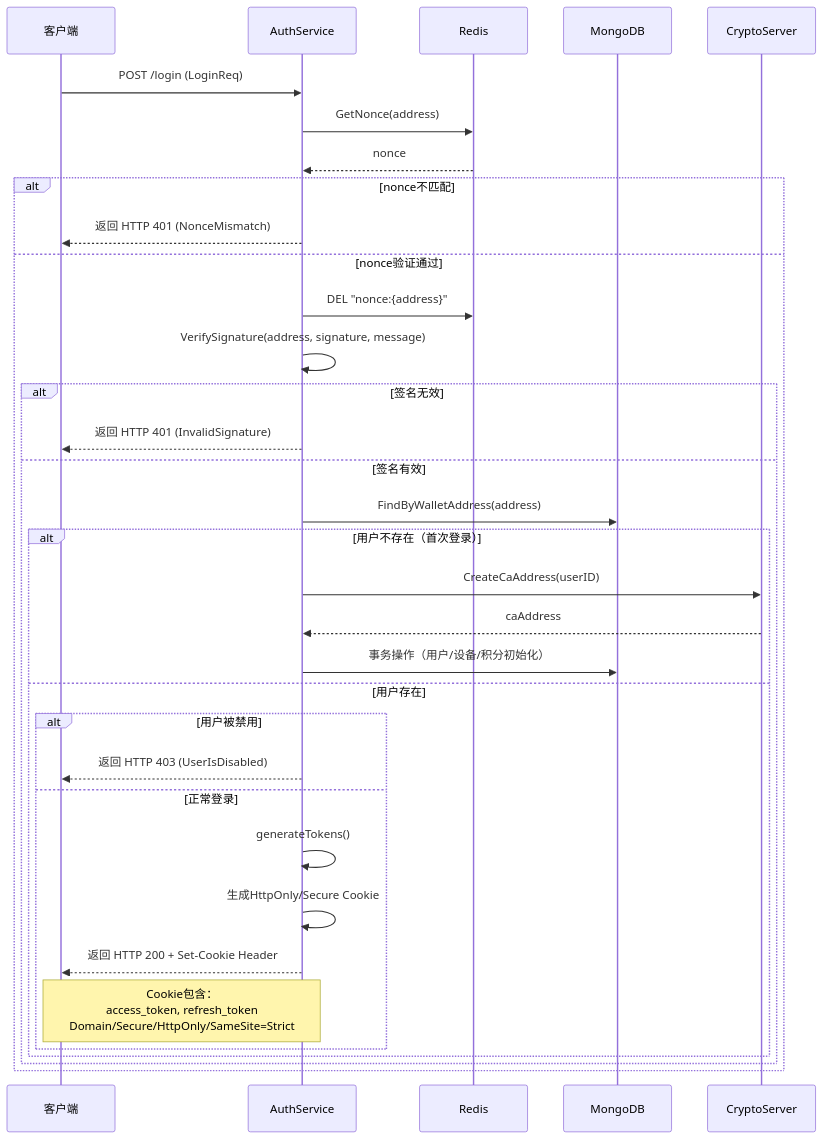
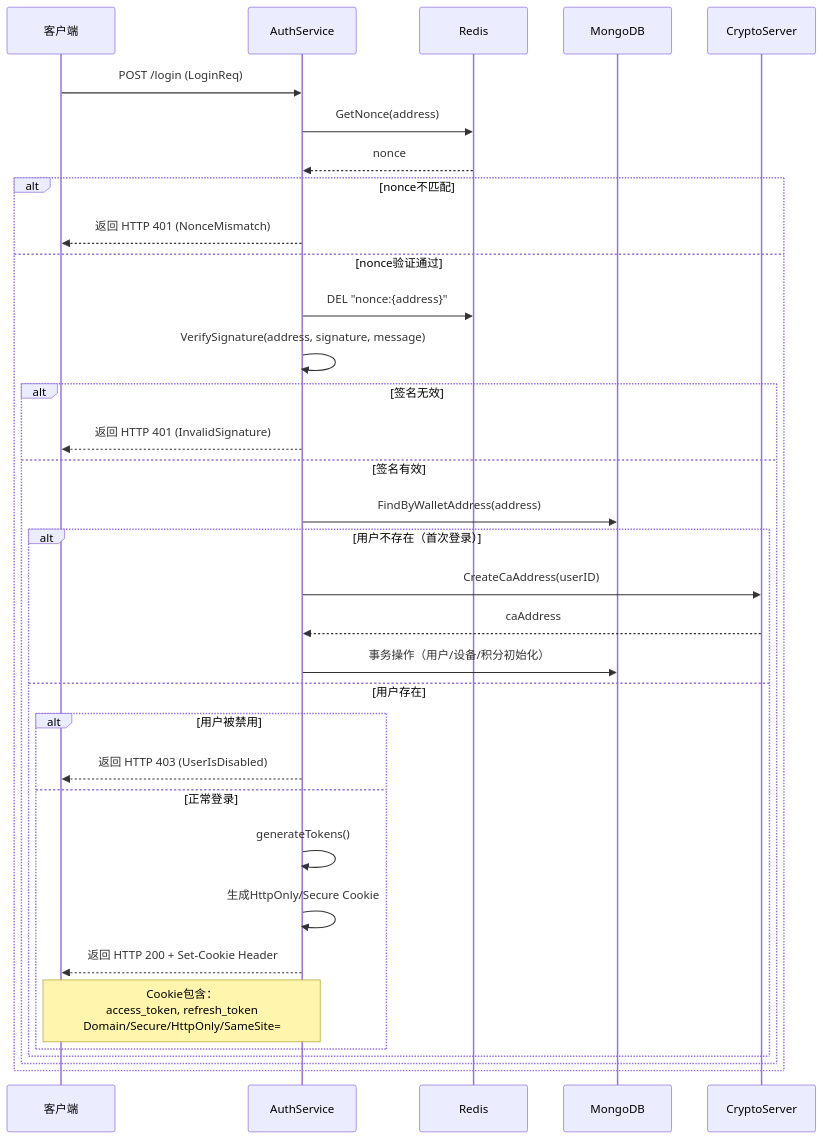
The diagram in all/未命名-2.md (yingjianzh/iodraw-files), drawn with Mermaid before and after one commit.

Commit message:
2025-09-09 11:31:09 update

````diff
--- a/all/未命名-2.md
+++ b/all/未命名-2.md
@@ -1,37 +1,37 @@
 ```mermaid
 sequenceDiagram
     participant Client as 客户端
     participant AuthService as AuthService
     participant Redis as Redis
     participant MongoDB as MongoDB
     participant CryptoServer as CryptoServer
 
     Client->>AuthService: POST /login (LoginReq)
     AuthService->>Redis: GetNonce(address)
     Redis-->>AuthService: nonce
     alt nonce不匹配
         AuthService-->>Client: 返回 HTTP 401 (NonceMismatch)
     else nonce验证通过
         AuthService->>Redis: DEL "nonce:{address}" 
         AuthService->>AuthService: VerifySignature(address, signature, message)
         alt 签名无效
             AuthService-->>Client: 返回 HTTP 401 (InvalidSignature)
         else 签名有效
             AuthService->>MongoDB: FindByWalletAddress(address)
             alt 用户不存在（首次登录）
                 AuthService->>CryptoServer: CreateCaAddress(userID)
                 CryptoServer-->>AuthService: caAddress
                 AuthService->>MongoDB: 事务操作（用户/设备/积分初始化）
             else 用户存在
                 alt 用户被禁用
                     AuthService-->>Client: 返回 HTTP 403 (UserIsDisabled)
                 else 正常登录
                     AuthService->>AuthService: generateTokens()
                     AuthService->>AuthService: 生成HttpOnly/Secure Cookie
                     AuthService-->>Client: 返回 HTTP 200 + Set-Cookie Header
-                    Note over Client,AuthService: Cookie包含：<br>access_token, refresh_token<br>Domain/Secure/HttpOnly/SameSite=Strict
+                    Note over Client,AuthService: Cookie包含：<br>access_token, refresh_token<br>Domain/Secure/HttpOnly/SameSite=
                 end
             end
         end
     end
 ```
````
